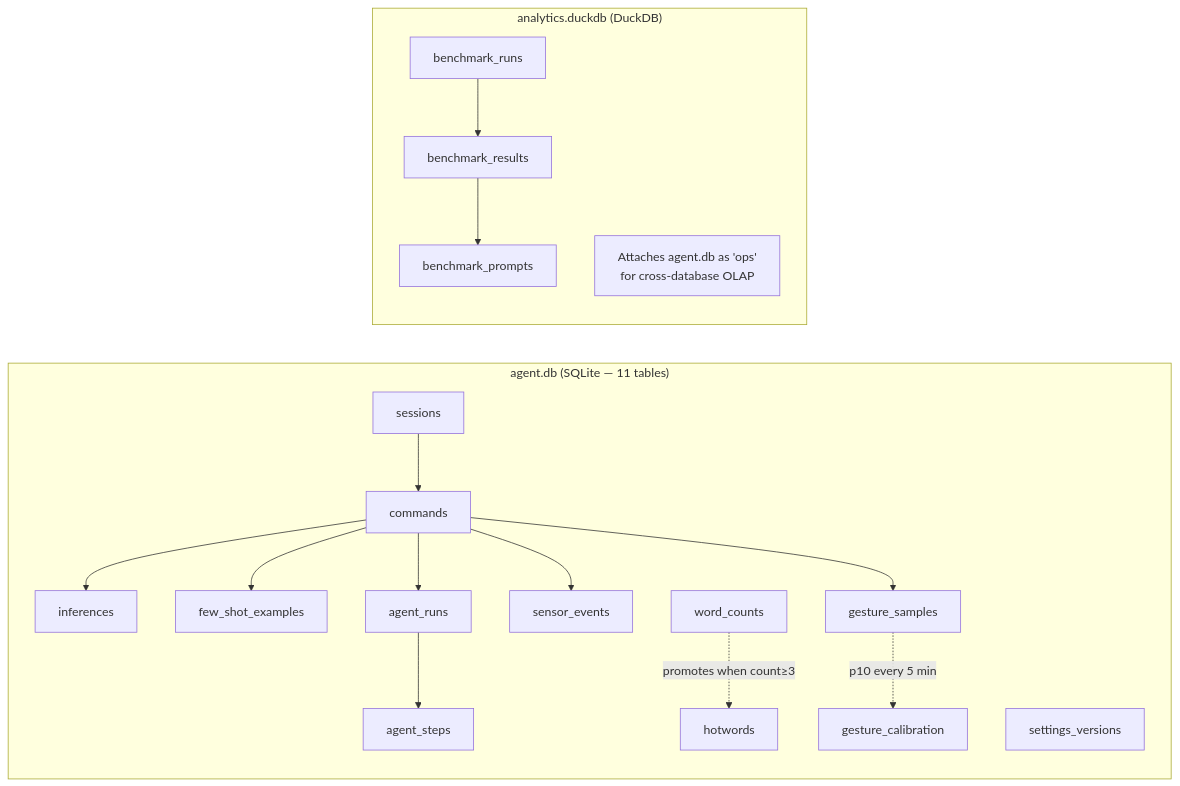
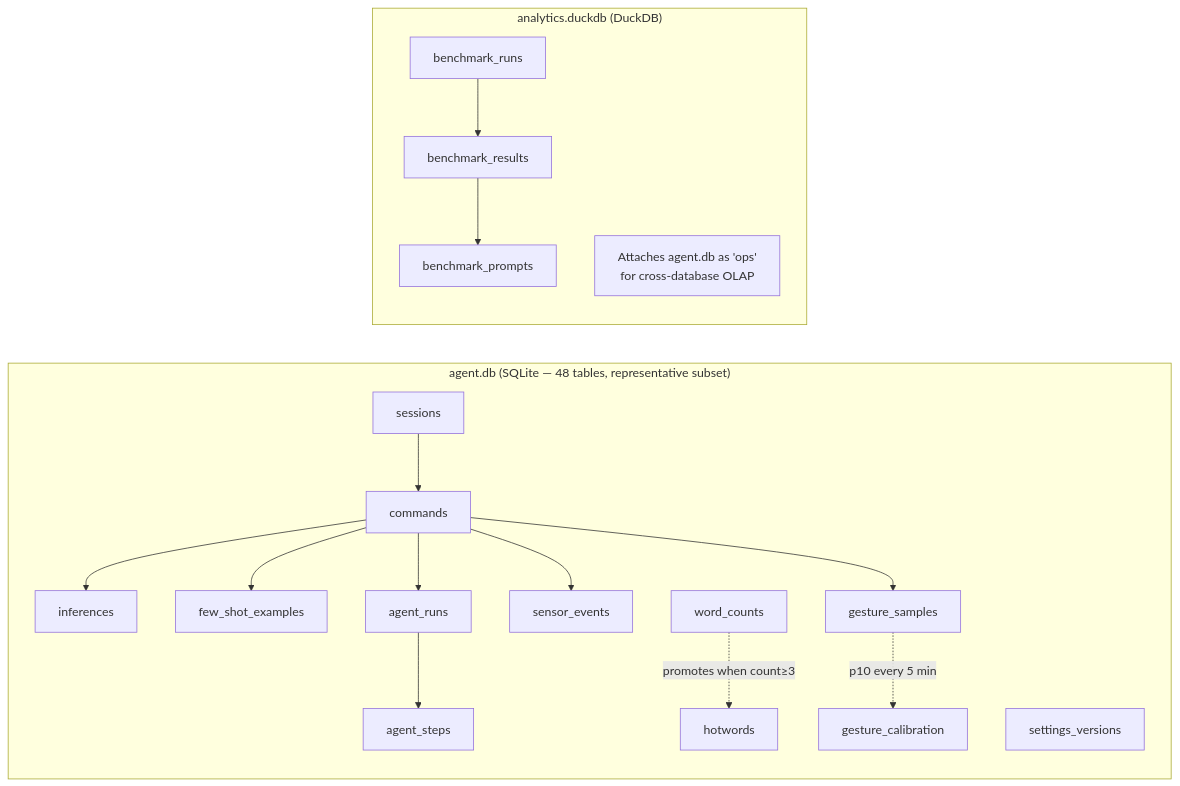
The fourth of 7 diagrams in specs/ipad-sensor-focus/diagrams/05-data-flow.md (Bradly187/Personal-Desktop-Agent), drawn with Mermaid before and after one commit. The commit also changed other lines of this file and 16 other files, not shown here.

````diff
--- a/specs/ipad-sensor-focus/diagrams/05-data-flow.md
+++ b/specs/ipad-sensor-focus/diagrams/05-data-flow.md
@@ -283,35 +237,35 @@
 ```mermaid
 flowchart LR
-    subgraph agentdb["agent.db (SQLite — 11 tables)"]
+    subgraph agentdb["agent.db (SQLite — 48 tables, representative subset)"]
         direction TB
         sessions
         commands
         inferences
         few_shot_examples
         gesture_samples
         gesture_calibration
         sensor_events
         agent_runs
         agent_steps
         word_counts
         hotwords
         settings_versions
     end
 
     subgraph analyticsdb["analytics.duckdb (DuckDB)"]
         direction TB
         benchmark_runs
         benchmark_results
         benchmark_prompts
         note["Attaches agent.db as 'ops'\nfor cross-database OLAP"]
     end
 
     sessions --> commands --> inferences
     commands --> few_shot_examples
     commands --> gesture_samples
     commands --> sensor_events
     commands --> agent_runs --> agent_steps
     word_counts -.->|"promotes when count≥3"| hotwords
     gesture_samples -.->|"p10 every 5 min"| gesture_calibration
     benchmark_runs --> benchmark_results --> benchmark_prompts
 ```
````
